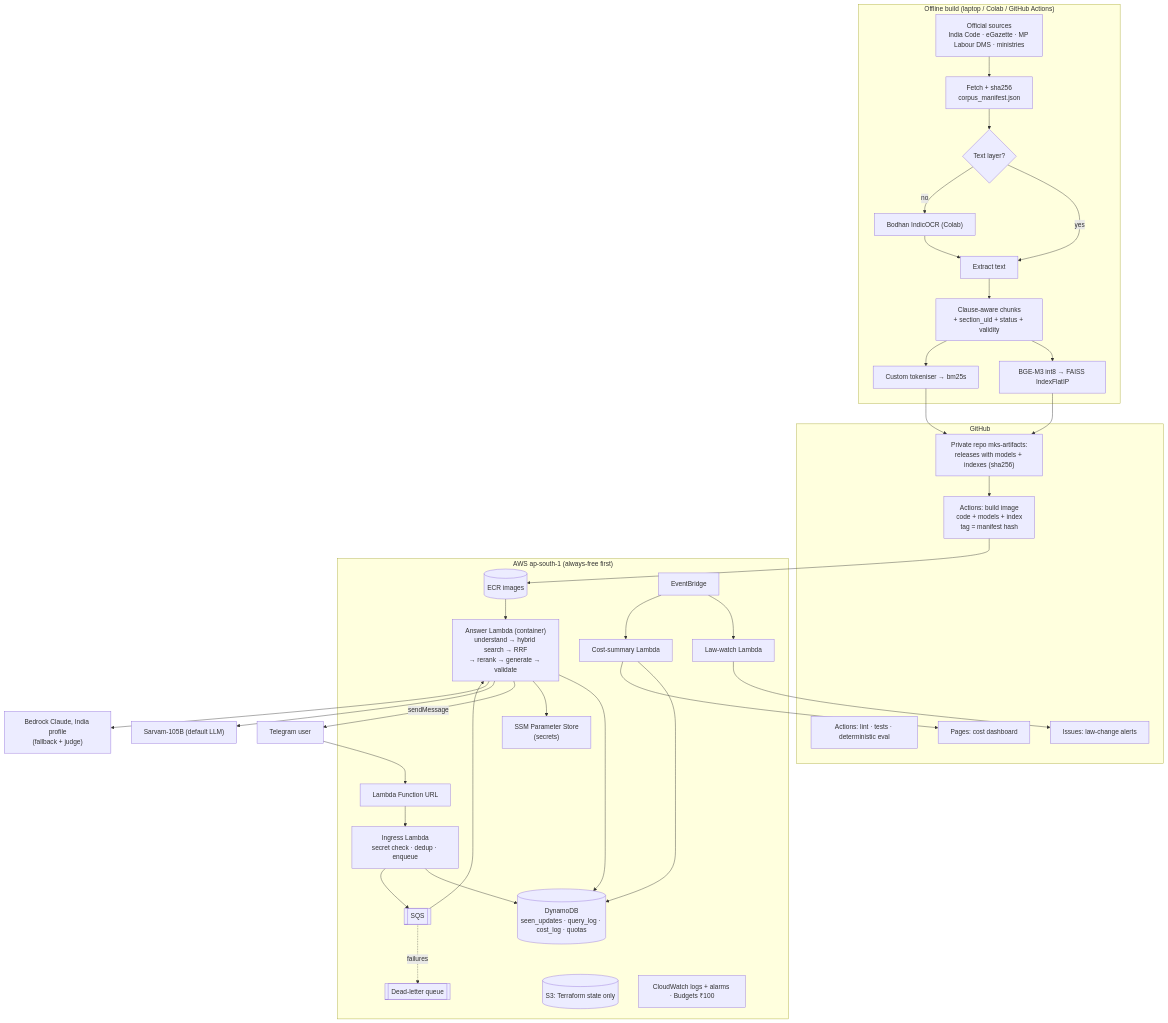
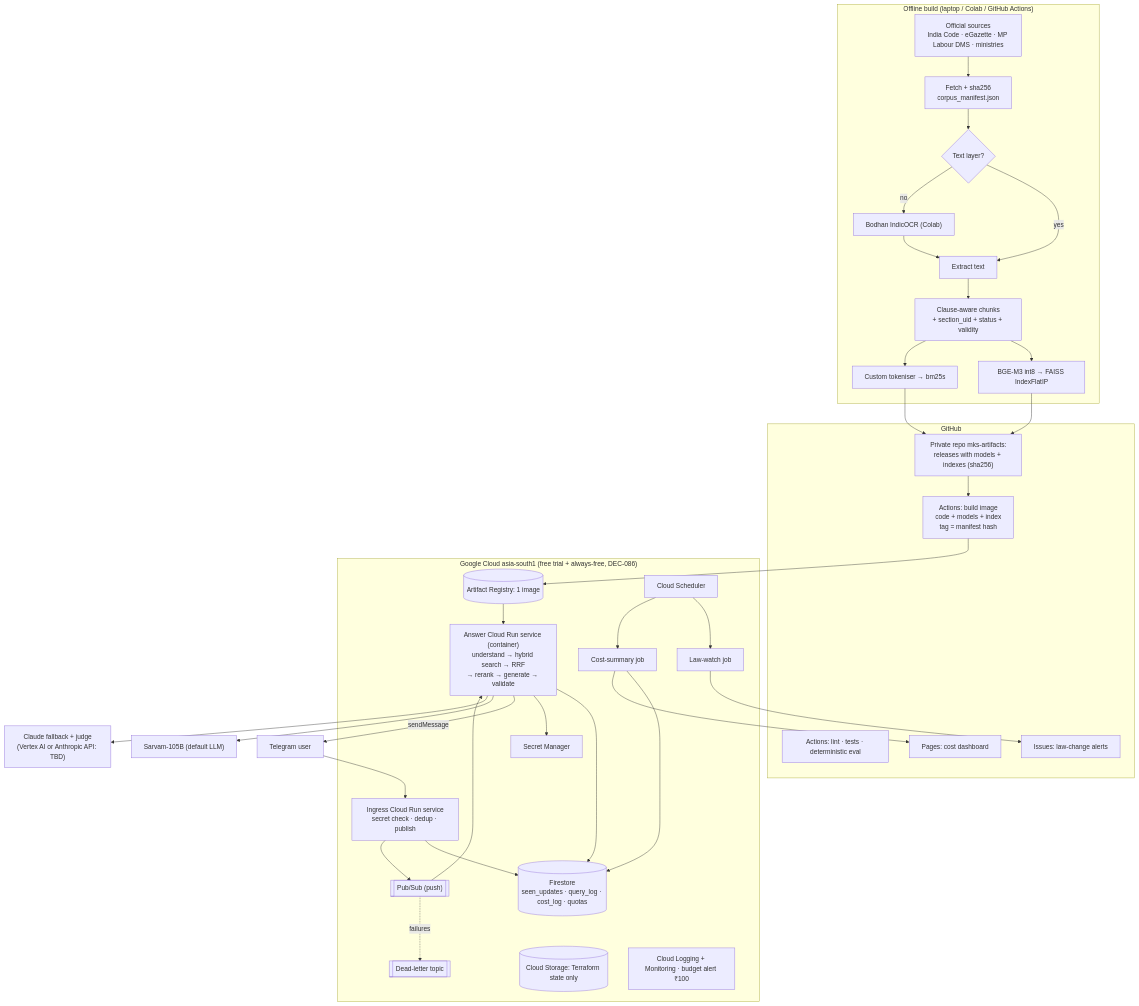
The diagram in docs/ARCHITECTURE.md (ajinendra05/Madhya-Kanoon-Saathi), drawn with Mermaid before and after one commit. The commit also changed other lines of this file and 4 other files, not shown here.

First line of the commit message:
docs: hosting moves to Google Cloud asia-south1 (DEC-086)

````diff
--- a/docs/ARCHITECTURE.md
+++ b/docs/ARCHITECTURE.md
@@ -6,49 +6,49 @@
 ```mermaid
 flowchart TB
     subgraph OFF["Offline build (laptop / Colab / GitHub Actions)"]
         SRC["Official sources<br/>India Code · eGazette · MP Labour DMS · ministries"] --> FETCH["Fetch + sha256<br/>corpus_manifest.json"]
         FETCH --> TXT{"Text layer?"}
         TXT -- yes --> PARSE["Extract text"]
         TXT -- no --> OCR["Bodhan IndicOCR (Colab)"]
         OCR --> PARSE
         PARSE --> CHUNK["Clause-aware chunks<br/>+ section_uid + status + validity"]
         CHUNK --> EMB["BGE-M3 int8 → FAISS IndexFlatIP"]
         CHUNK --> BM["Custom tokeniser → bm25s"]
     end
 
     subgraph CI["GitHub"]
         GHA["Actions: lint · tests · deterministic eval"]
         REL["Private repo mks-artifacts:<br/>releases with models + indexes (sha256)"]
         BUILD["Actions: build image<br/>code + models + index<br/>tag = manifest hash"]
         PAGES["Pages: cost dashboard"]
         ISSUE["Issues: law-change alerts"]
     end
 
     EMB --> REL
     BM --> REL
     REL --> BUILD
 
-    subgraph AWS["AWS ap-south-1 (always-free first)"]
-        URL["Lambda Function URL"] --> ING["Ingress Lambda<br/>secret check · dedup · enqueue"]
-        ING --> DDB[("DynamoDB<br/>seen_updates · query_log · cost_log · quotas")]
-        ING --> SQS[["SQS"]]
-        SQS --> ANS["Answer Lambda (container)<br/>understand → hybrid search → RRF<br/>→ rerank → generate → validate"]
-        SQS -. failures .-> DLQ[["Dead-letter queue"]]
-        ANS --> DDB
-        ANS --> SSM["SSM Parameter Store<br/>(secrets)"]
-        ECR[("ECR images")] --> ANS
-        S3[("S3: Terraform state only")]
-        EB["EventBridge"] --> LW["Law-watch Lambda"]
-        EB --> CS["Cost-summary Lambda"]
-        CS --> DDB
-        CW["CloudWatch logs + alarms · Budgets ₹100"]
+    subgraph GCP["Google Cloud asia-south1 (free trial + always-free, DEC-086)"]
+        ING["Ingress Cloud Run service<br/>secret check · dedup · publish"]
+        ING --> FS[("Firestore<br/>seen_updates · query_log · cost_log · quotas")]
+        ING --> PS[["Pub/Sub (push)"]]
+        PS --> ANS["Answer Cloud Run service (container)<br/>understand → hybrid search → RRF<br/>→ rerank → generate → validate"]
+        PS -. failures .-> DLQ[["Dead-letter topic"]]
+        ANS --> FS
+        ANS --> SM["Secret Manager"]
+        AR[("Artifact Registry: 1 image")] --> ANS
+        GCS[("Cloud Storage: Terraform state only")]
+        SCH["Cloud Scheduler"] --> LW["Law-watch job"]
+        SCH --> CS["Cost-summary job"]
+        CS --> FS
+        CW["Cloud Logging + Monitoring · budget alert ₹100"]
     end
 
-    BUILD --> ECR
-    TG["Telegram user"] --> URL
+    BUILD --> AR
+    TG["Telegram user"] --> ING
     ANS -- "sendMessage" --> TG
     ANS --> SARVAM["Sarvam-105B (default LLM)"]
-    ANS --> BEDROCK["Bedrock Claude, India profile<br/>(fallback + judge)"]
+    ANS --> CLAUDE["Claude fallback + judge<br/>(Vertex AI or Anthropic API: TBD)"]
     LW --> ISSUE
     CS --> PAGES
 ```
````
